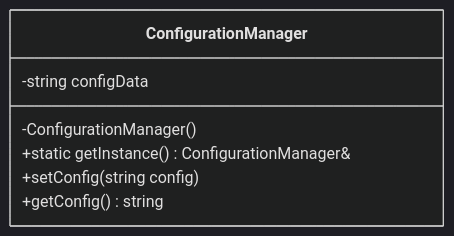
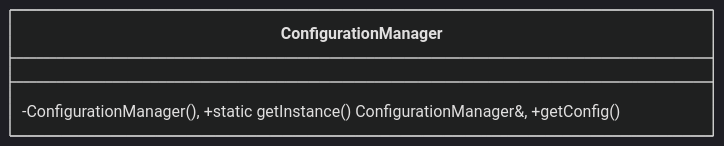
The eighth of 22 diagrams in readme.md (divyap271/systemDesign), drawn with Mermaid (dark theme) before and after one commit. The commit also changed other lines of this file, not shown here.

````diff
--- a/readme.md
+++ b/readme.md
@@ -172,10 +134,4 @@
 ```mermaid
 classDiagram
-    class ConfigurationManager {
-        -string configData
-        -ConfigurationManager()
-        +static getInstance() ConfigurationManager&
-        +setConfig(string config)
-        +getConfig() string
-    }
+    class ConfigurationManager { -ConfigurationManager(), +static getInstance() ConfigurationManager&, +getConfig() }
 ```
````
